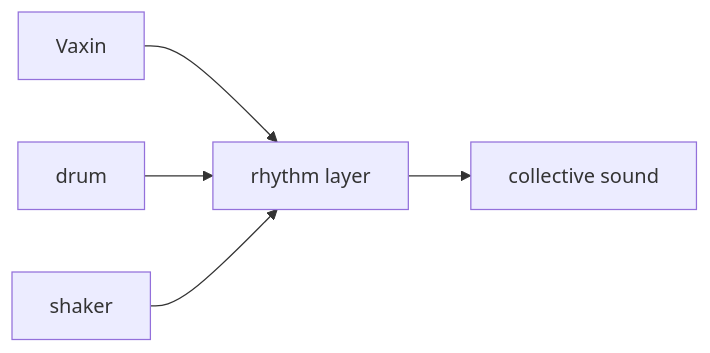
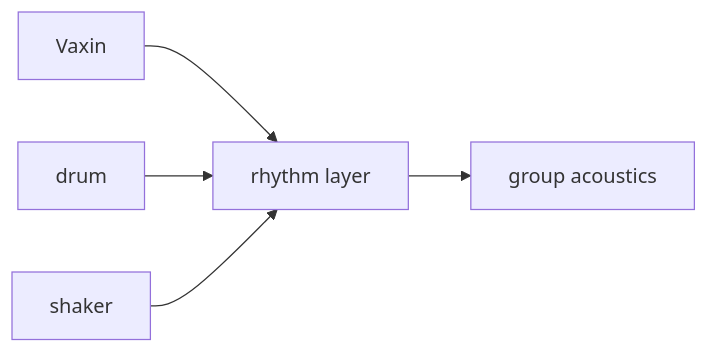
The first of 2 diagrams in en/_posts/2026-02-06-column-haiti-rara.md (monumental-movement/monumental-movement.github.io), drawn with Mermaid before and after one commit. The commit also changed other lines of this file and 334 other files, not shown here.

```diff
--- a/en/_posts/2026-02-06-column-haiti-rara.md
+++ b/en/_posts/2026-02-06-column-haiti-rara.md
@@ -77,7 +77,7 @@
 <div class="mermaid">
 flowchart LR
 A[Vaxin] --> B[rhythm layer]
 C[drum] --> B
 D[shaker] --> B
-B --> E[collective sound]
+B --> E[group acoustics]
 </div>
```
